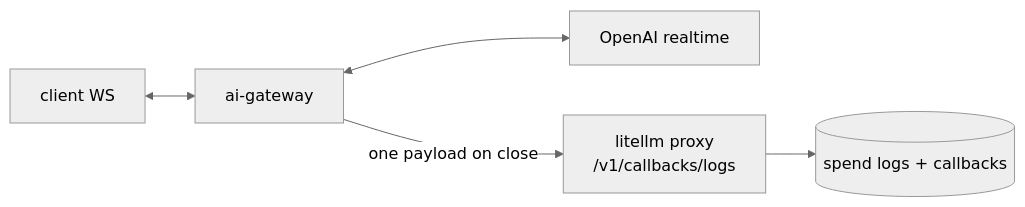
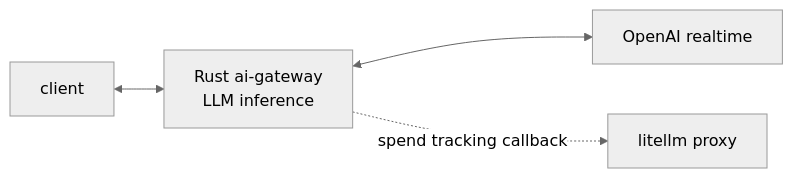
Before and after one commit to BerriAI/litellm: the diagram in litellm-rust/crates/ai-gateway/ARCHITECTURE.md, drawn with Mermaid (neutral theme). The commit also changed other lines of this file, not shown here.

Commit message:
docs(litellm-rust): ARCHITECTURE.md is just the diagram (gateway = inference, spend = callback)

````diff
--- a/litellm-rust/crates/ai-gateway/ARCHITECTURE.md
+++ b/litellm-rust/crates/ai-gateway/ARCHITECTURE.md
@@ -7,7 +7,6 @@
 ```mermaid
 flowchart LR
-  C[client WS] <--> G[ai-gateway]
+  C[client] <--> G[Rust ai-gateway<br/>LLM inference]
   G <--> O[OpenAI realtime]
-  G -- one payload on close --> P[litellm proxy<br/>/v1/callbacks/logs]
-  P --> X[(spend logs + callbacks)]
+  G -. spend tracking callback .-> P[litellm proxy]
 ```
````
